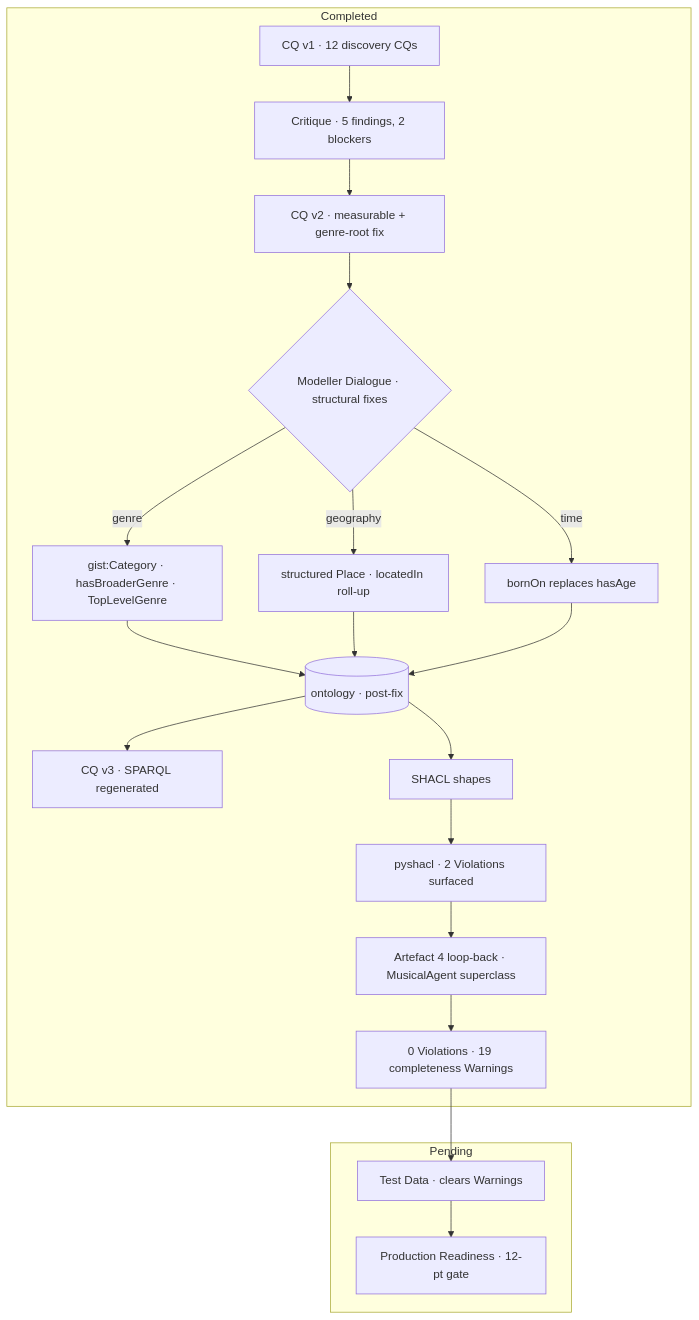
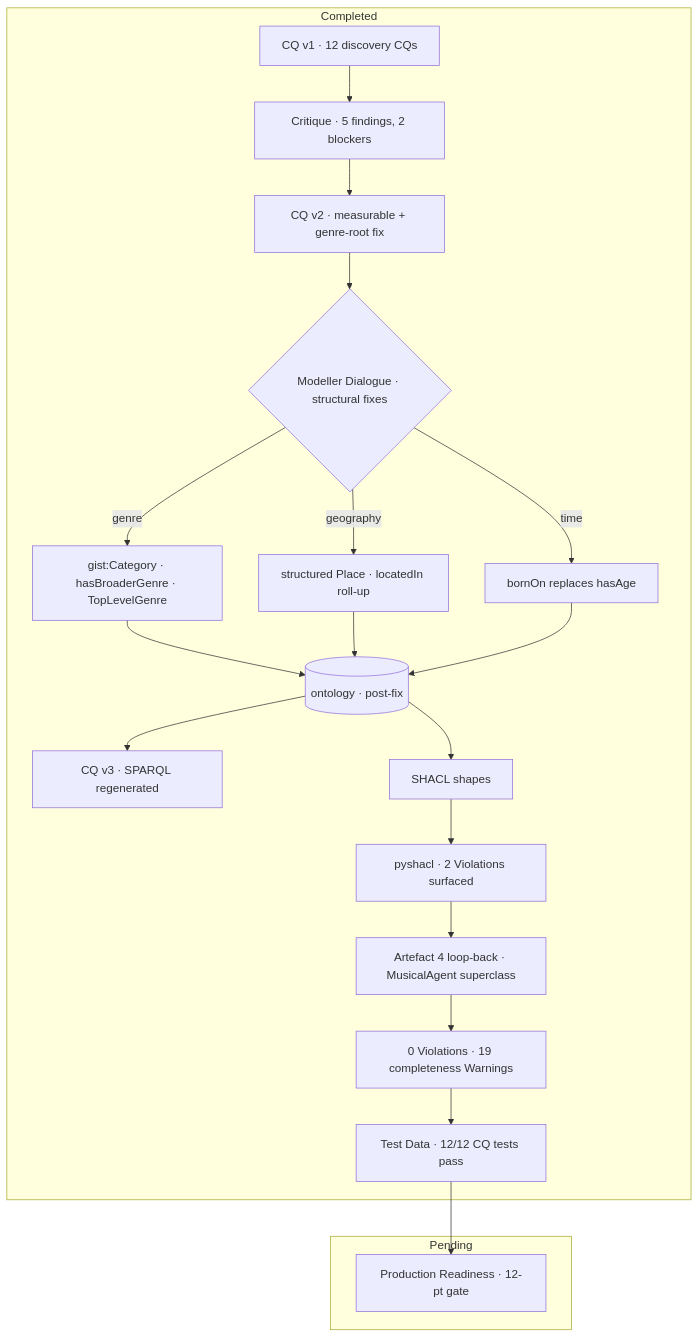
One commit to blacng/music-ontology changed the second of 3 diagrams in README.md. Above: the diagram before and after it, drawn with Mermaid. The commit also changed other lines of this file and 7 other files, not shown here.

First line of the commit message:
Artefact 5: synthetic test data + CQ regression suite (12/12 pass) (#4)

````diff
--- a/README.md
+++ b/README.md
@@ -36,23 +36,23 @@
 ```mermaid
 flowchart TB
   subgraph done [Completed]
     cq1[CQ v1 · 12 discovery CQs] --> crit[Critique · 5 findings, 2 blockers]
     crit --> cq2[CQ v2 · measurable + genre-root fix]
     cq2 --> dlg{Modeller Dialogue · structural fixes}
     dlg -->|genre| g[gist:Category · hasBroaderGenre · TopLevelGenre]
     dlg -->|geography| pl[structured Place · locatedIn roll-up]
     dlg -->|time| bd[bornOn replaces hasAge]
     g --> ttl[(ontology · post-fix)]
     pl --> ttl
     bd --> ttl
     ttl --> cq3[CQ v3 · SPARQL regenerated]
     ttl --> shacl[SHACL shapes]
     shacl --> rep[pyshacl · 2 Violations surfaced]
     rep --> dlg2[Artefact 4 loop-back · MusicalAgent superclass]
     dlg2 --> ok[0 Violations · 19 completeness Warnings]
+    ok --> td[Test Data · 12/12 CQ tests pass]
   end
   subgraph pending [Pending]
-    ok --> td[Test Data · clears Warnings]
     td --> pr[Production Readiness · 12-pt gate]
   end
 ```
````
